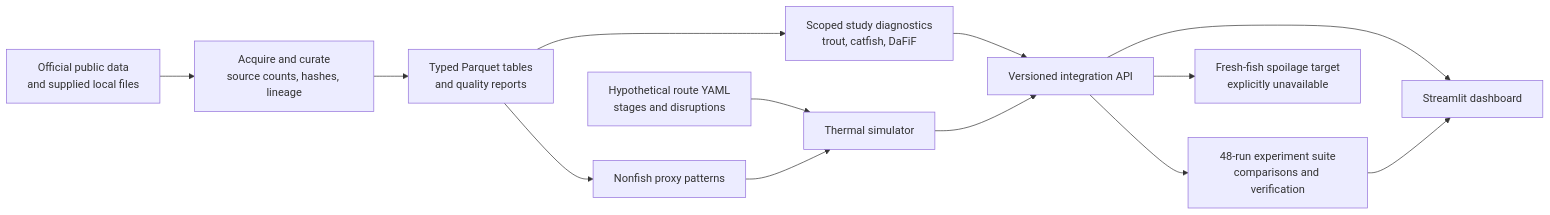
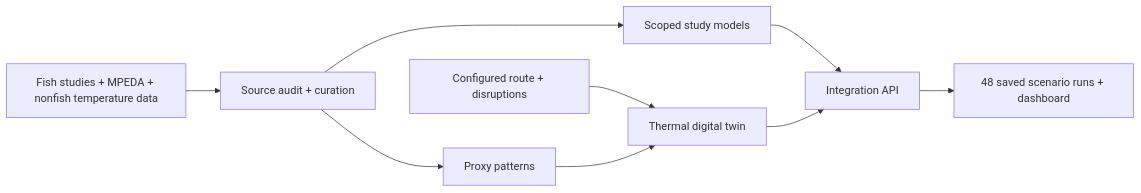
One commit to tchawla827/entre-project changed the diagram in README.md. Above: the diagram before and after it, drawn with Mermaid. The commit also changed other lines of this file and 3 other files, not shown here.

````diff
--- a/README.md
+++ b/README.md
@@ -23,15 +23,11 @@
 ```mermaid
 flowchart LR
-  A[Official public data<br/>and supplied local files] --> B[Acquire and curate<br/>source counts, hashes, lineage]
-  B --> C[Typed Parquet tables<br/>and quality reports]
-  C --> D[Scoped study diagnostics<br/>trout, catfish, DaFiF]
-  C --> E[Nonfish proxy patterns]
-  F[Hypothetical route YAML<br/>stages and disruptions] --> G[Thermal simulator]
-  E --> G
-  D --> H[Versioned integration API]
-  G --> H
-  H --> I[48-run experiment suite<br/>comparisons and verification]
-  H --> J[Streamlit dashboard]
-  I --> J
-  H --> K[Fresh-fish spoilage target<br/>explicitly unavailable]
+  A["Fish studies + MPEDA + nonfish temperature data"] --> B["Source audit + curation"]
+  B --> C["Scoped study models"]
+  B --> D["Proxy patterns"]
+  E["Configured route + disruptions"] --> F["Thermal digital twin"]
+  D --> F
+  C --> G["Integration API"]
+  F --> G
+  G --> H["48 saved scenario runs + dashboard"]
 ```
````
